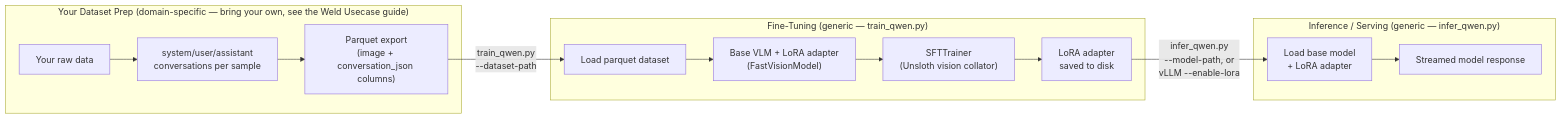
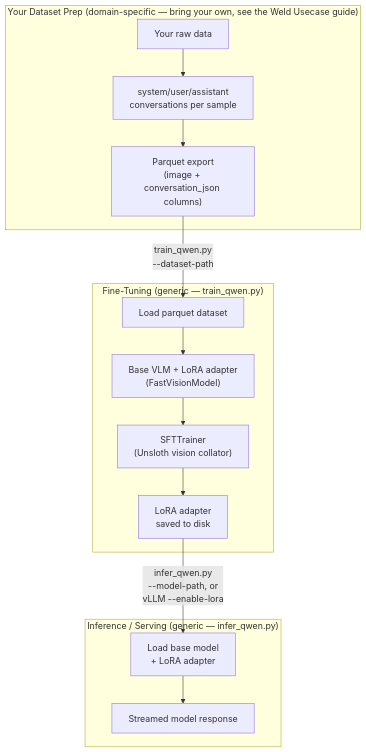
Before and after one commit to open-edge-platform/edge-ai-suites: the diagram in manufacturing-ai-suite/industrial-edge-insights-multimodal/docs/user-guide/how-to-guides/how-to-fine-tune-vlm.md, drawn with Mermaid.

Commit message:
revert to TD orientation

````diff
--- a/manufacturing-ai-suite/industrial-edge-insights-multimodal/docs/user-guide/how-to-guides/how-to-fine-tune-vlm.md
+++ b/manufacturing-ai-suite/industrial-edge-insights-multimodal/docs/user-guide/how-to-guides/how-to-fine-tune-vlm.md
@@ -140,20 +140,20 @@
 ```mermaid
-flowchart LR
+flowchart TD
     subgraph S0["Your Dataset Prep (domain-specific — bring your own, see the Weld Usecase guide)"]
         A["Your raw data"] --> B["system/user/assistant</br>conversations per sample"]
         B --> C["Parquet export</br>(image + conversation_json columns)"]
     end
 
     subgraph S1["Fine-Tuning (generic — train_qwen.py)"]
         E["Load parquet dataset"] --> F["Base VLM + LoRA adapter</br>(FastVisionModel)"]
         F --> G["SFTTrainer</br>(Unsloth vision collator)"]
         G --> H["LoRA adapter</br>saved to disk"]
     end
 
     subgraph S2["Inference / Serving (generic — infer_qwen.py)"]
         J["Load base model</br>+ LoRA adapter"] --> K["Streamed model response"]
     end
 
     C -->|"train_qwen.py</br>--dataset-path"| E
     H -->|"infer_qwen.py</br>--model-path, or</br>vLLM --enable-lora"| J
 ```
````
